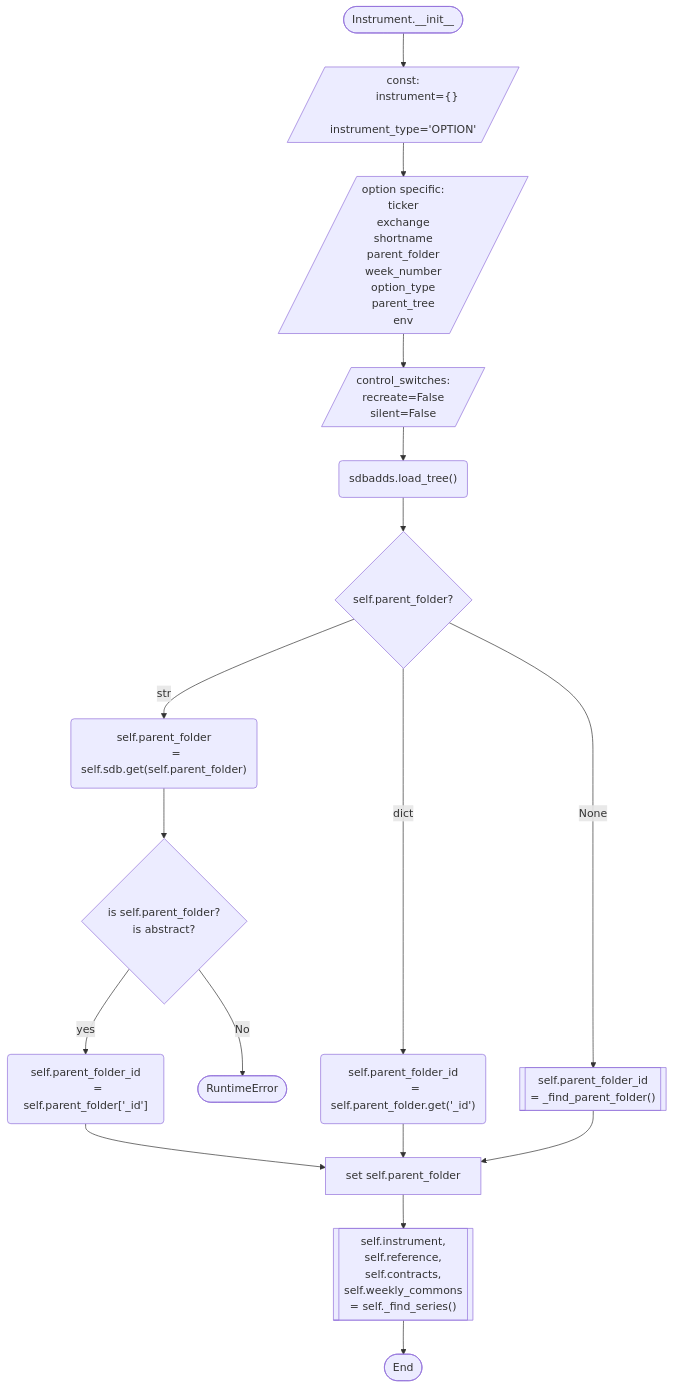
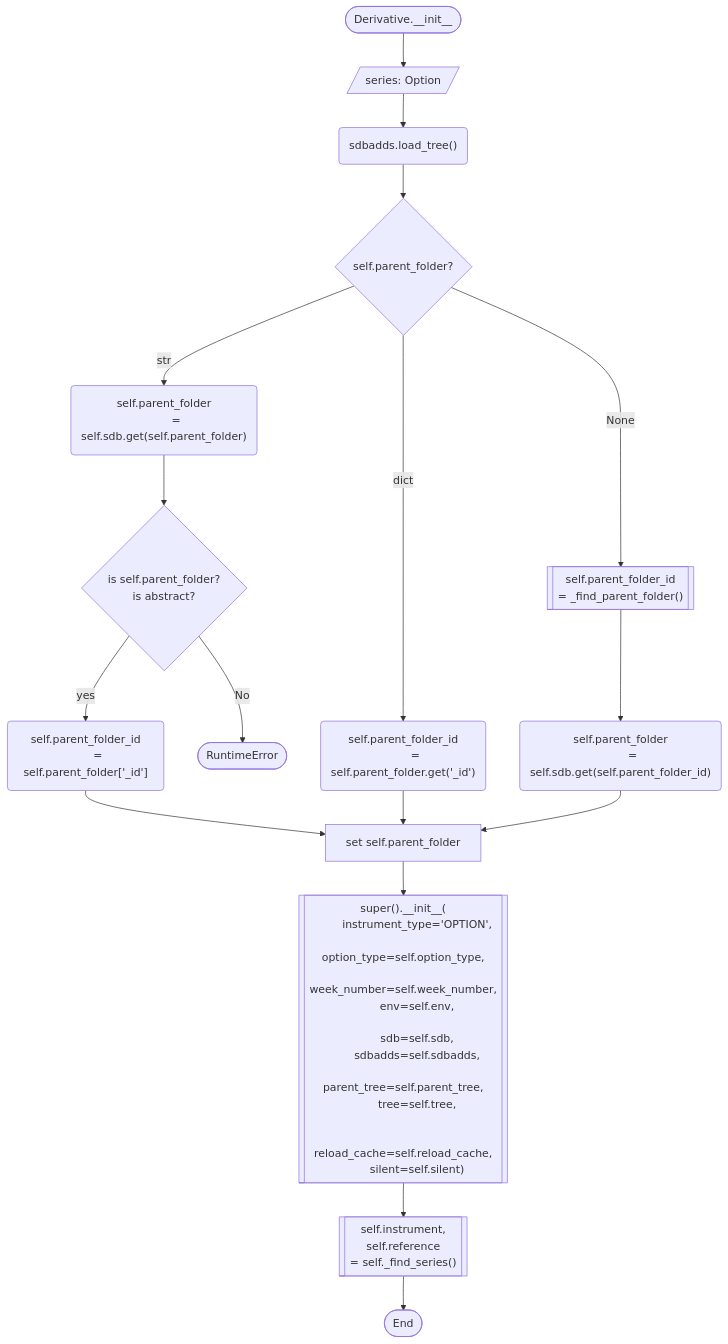
Before and after one commit to the-livingstone/exante-libs: the second of 7 diagrams in sdb_instruments/flowcharts/option_flowchart.md, drawn with Mermaid. The commit also changed other lines of this file, not shown here.

````diff
--- a/sdb_instruments/flowcharts/option_flowchart.md
+++ b/sdb_instruments/flowcharts/option_flowchart.md
@@ -72,62 +67,62 @@
 ```mermaid
 flowchart TB
-    instr(["Instrument.__init__"])
-    --> super_params_const[/"
-        const:
-        instrument={}
-        instrument_type='OPTION'
-    "/]
-    --> super_params_opt[/"
-        option specific:
-        ticker
-        exchange
-        shortname
-        parent_folder
-        week_number
-        option_type
-        parent_tree
-        env
-    "/]
-    --> super_params_switch[/"
-        control_switches:
-        recreate=False
-        silent=False
-
+    instr(["Derivative.__init__"])
+    --> series[/"
+        series: Option
     "/]
     --> load_tree("sdbadds.load_tree()")
     --> is_parent_folder{self.parent_folder?}
     --> |str| parent_str("
         self.parent_folder
         = self.sdb.get(self.parent_folder)
     ")
     is_parent_folder --> |dict| parent_dict("
         self.parent_folder_id
         = self.parent_folder.get('_id')
     ")
     is_parent_folder --> |None| find_parent_folder[["
         self.parent_folder_id
         = _find_parent_folder()
     "]]
+    --> get_pf("
+        self.parent_folder
+        = self.sdb.get(self.parent_folder_id)
+    ")
     --> set_pf["set self.parent_folder"]
     parent_str --> is_parent_sdb_get{"
         is self.parent_folder?
         is abstract?
     "}
     --> |yes| set_pf_id("
         self.parent_folder_id
         = self.parent_folder['_id']
     ")
     --> set_pf
     parent_dict --> set_pf
     is_parent_sdb_get --> |No| RuntimeError([RuntimeError])
-    set_pf --> find_series[["
+    set_pf --> super_init[["
+        super().__init__(
+        instrument_type='OPTION',
+        option_type=self.option_type,
+        week_number=self.week_number,
+        env=self.env,
+
+        sdb=self.sdb,
+        sdbadds=self.sdbadds,
+        parent_tree=self.parent_tree,
+        tree=self.tree,
+        
+        reload_cache=self.reload_cache,
+        silent=self.silent)
+    "]]
+    
+    
+    --> find_series[["
         self.instrument,
-        self.reference,
-        self.contracts,
-        self.weekly_commons
+        self.reference
         = self._find_series()
     "]]
     --> finish([End])
 
 
 ```
````
